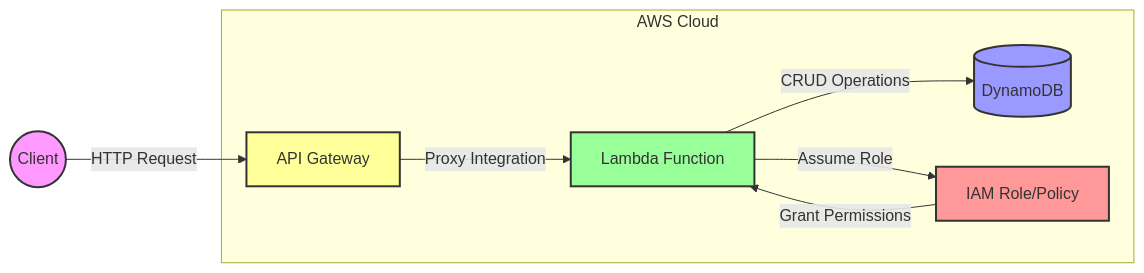
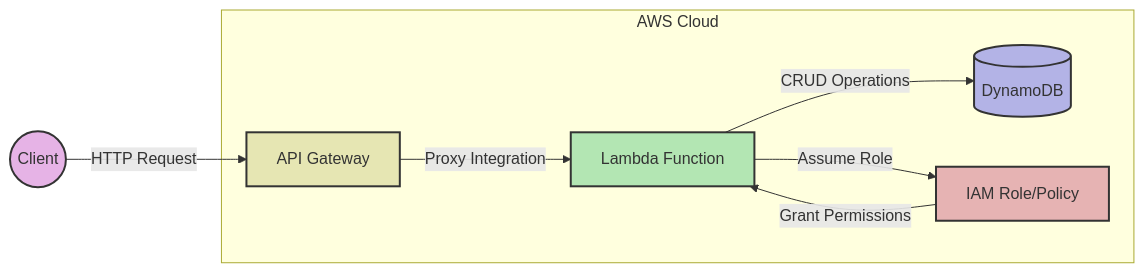
Before and after one commit to SergioKingOne/rusty-serverless-api: the diagram in README.md, drawn with Mermaid.

Commit message:
better contrast

````diff
--- a/README.md
+++ b/README.md
@@ -7,27 +7,27 @@
 ```mermaid
 graph LR
     Client((Client))
     AG[API Gateway]
     LF[Lambda Function]
     DB[(DynamoDB)]
     IAM[IAM Role/Policy]
 
     Client -->|HTTP Request| AG
     AG -->|Proxy Integration| LF
     LF -->|Assume Role| IAM
     IAM -->|Grant Permissions| LF
     LF -->|CRUD Operations| DB
 
     subgraph AWS Cloud
         AG
         LF
         DB
         IAM
     end
 
-    style Client fill:#f9f,stroke:#333,stroke-width:2px
-    style AG fill:#ff9,stroke:#333,stroke-width:2px
-    style LF fill:#9f9,stroke:#333,stroke-width:2px
-    style DB fill:#99f,stroke:#333,stroke-width:2px
-    style IAM fill:#f99,stroke:#333,stroke-width:2px
+    style Client fill:#e6b3e6,stroke:#333,stroke-width:2px,color:#333
+    style AG fill:#e6e6b3,stroke:#333,stroke-width:2px,color:#333
+    style LF fill:#b3e6b3,stroke:#333,stroke-width:2px,color:#333
+    style DB fill:#b3b3e6,stroke:#333,stroke-width:2px,color:#333
+    style IAM fill:#e6b3b3,stroke:#333,stroke-width:2px,color:#333
 ```
````
